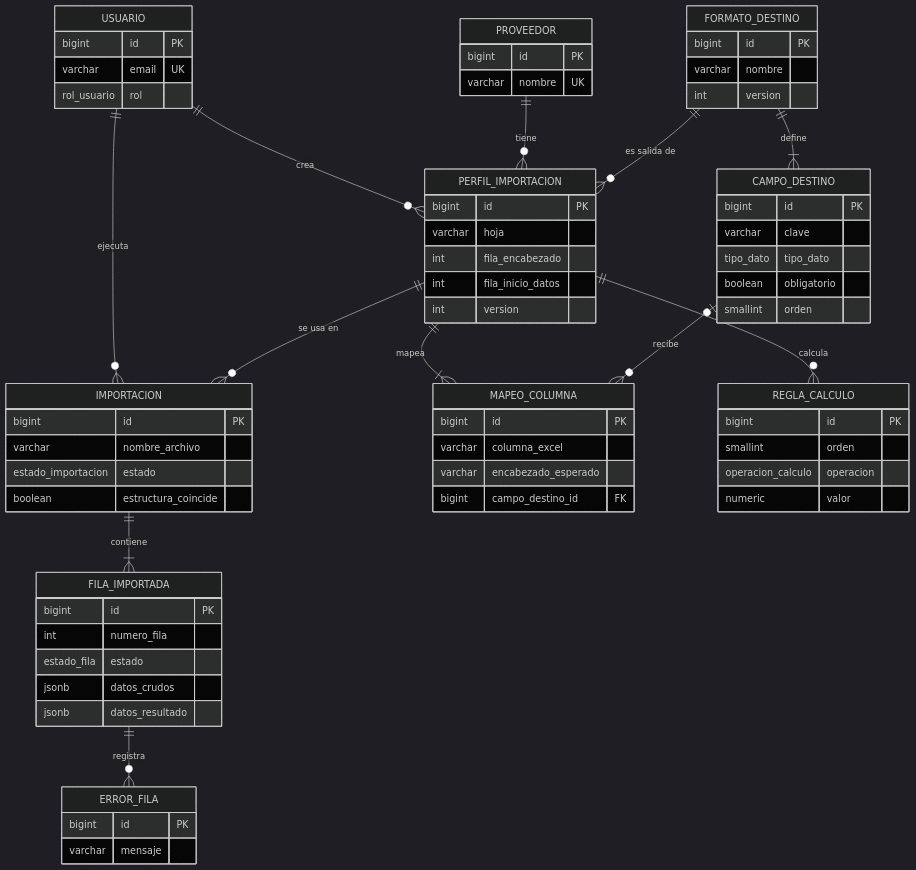
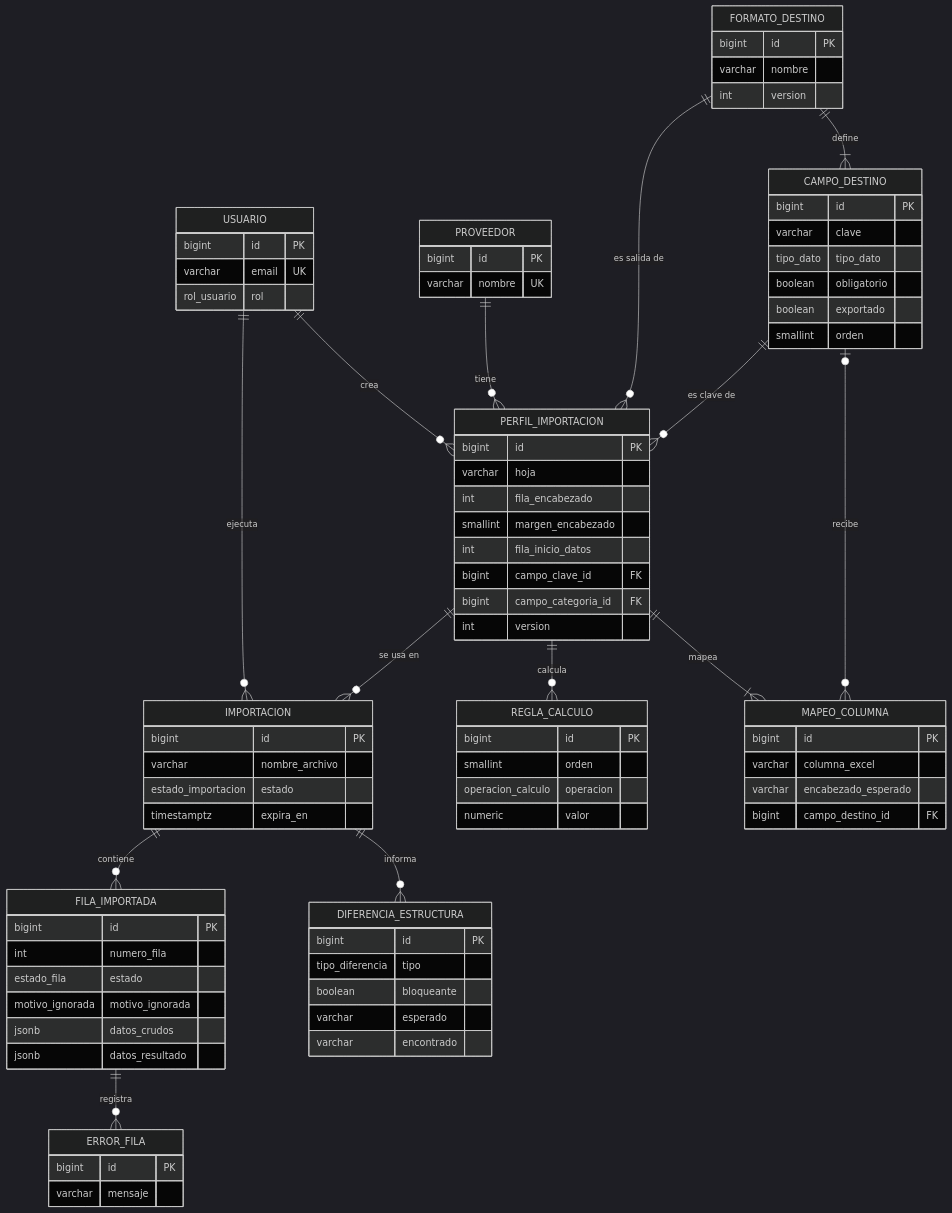
Before and after one commit to fraanv1999/TPIFinalDesiderioVazquez: the diagram in docs/base-de-datos.md, drawn with Mermaid (dark theme). The commit also changed other lines of this file and 8 other files, not shown here.

````diff
--- a/docs/base-de-datos.md
+++ b/docs/base-de-datos.md
@@ -13,52 +13,64 @@
 ```mermaid
 erDiagram
     USUARIO ||--o{ PERFIL_IMPORTACION : crea
     USUARIO ||--o{ IMPORTACION : ejecuta
     PROVEEDOR ||--o{ PERFIL_IMPORTACION : tiene
     FORMATO_DESTINO ||--|{ CAMPO_DESTINO : define
     FORMATO_DESTINO ||--o{ PERFIL_IMPORTACION : "es salida de"
     PERFIL_IMPORTACION ||--|{ MAPEO_COLUMNA : mapea
     PERFIL_IMPORTACION ||--o{ REGLA_CALCULO : calcula
     CAMPO_DESTINO |o--o{ MAPEO_COLUMNA : recibe
+    CAMPO_DESTINO ||--o{ PERFIL_IMPORTACION : "es clave de"
     PERFIL_IMPORTACION ||--o{ IMPORTACION : "se usa en"
-    IMPORTACION ||--|{ FILA_IMPORTADA : contiene
+    IMPORTACION ||--o{ DIFERENCIA_ESTRUCTURA : informa
+    IMPORTACION ||--o{ FILA_IMPORTADA : contiene
     FILA_IMPORTADA ||--o{ ERROR_FILA : registra
 
     USUARIO { bigint id PK
               varchar email UK
               rol_usuario rol }
     PROVEEDOR { bigint id PK
                 varchar nombre UK }
     FORMATO_DESTINO { bigint id PK
                       varchar nombre
                       int version }
     CAMPO_DESTINO { bigint id PK
                     varchar clave
                     tipo_dato tipo_dato
                     boolean obligatorio
+                    boolean exportado
                     smallint orden }
     PERFIL_IMPORTACION { bigint id PK
                          varchar hoja
                          int fila_encabezado
+                         smallint margen_encabezado
                          int fila_inicio_datos
+                         bigint campo_clave_id FK
+                         bigint campo_categoria_id FK
                          int version }
     MAPEO_COLUMNA { bigint id PK
                     varchar columna_excel
                     varchar encabezado_esperado
                     bigint campo_destino_id FK }
     REGLA_CALCULO { bigint id PK
                     smallint orden
                     operacion_calculo operacion
                     numeric valor }
     IMPORTACION { bigint id PK
                   varchar nombre_archivo
                   estado_importacion estado
-                  boolean estructura_coincide }
+                  timestamptz expira_en }
+    DIFERENCIA_ESTRUCTURA { bigint id PK
+                            tipo_diferencia tipo
+                            boolean bloqueante
+                            varchar esperado
+                            varchar encontrado }
     FILA_IMPORTADA { bigint id PK
                      int numero_fila
                      estado_fila estado
+                     motivo_ignorada motivo_ignorada
                      jsonb datos_crudos
                      jsonb datos_resultado }
     ERROR_FILA { bigint id PK
                  varchar mensaje }
 ```
````
